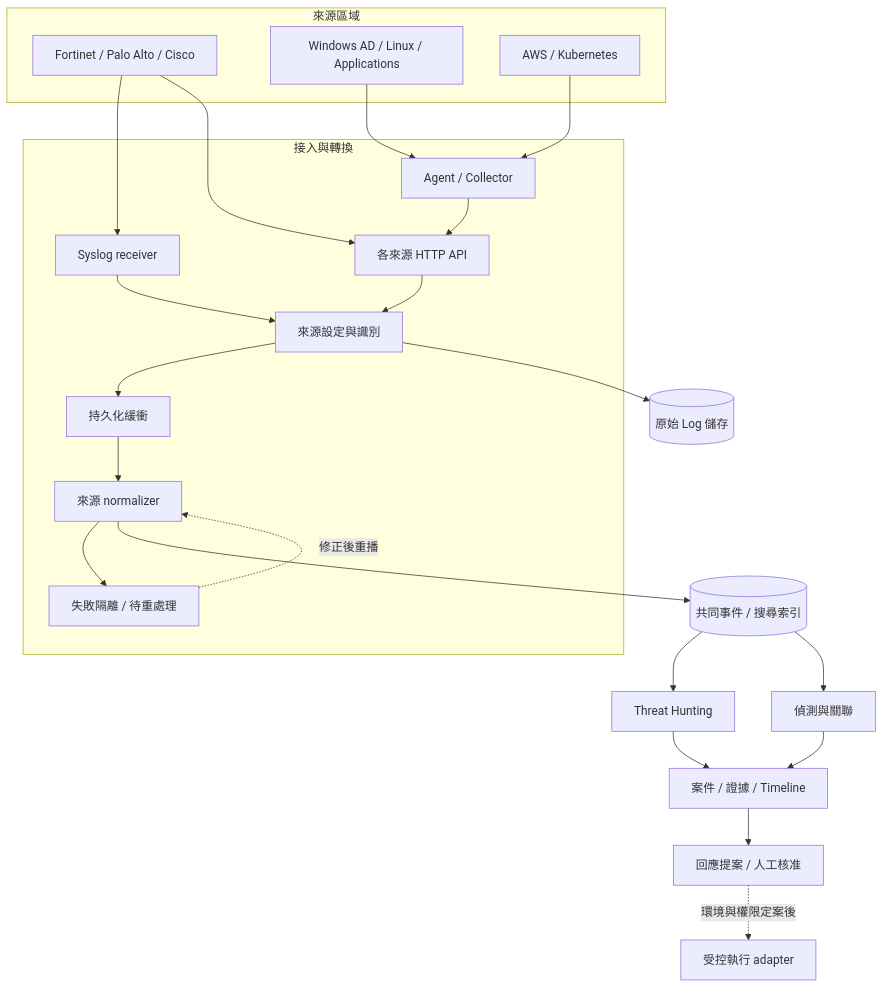
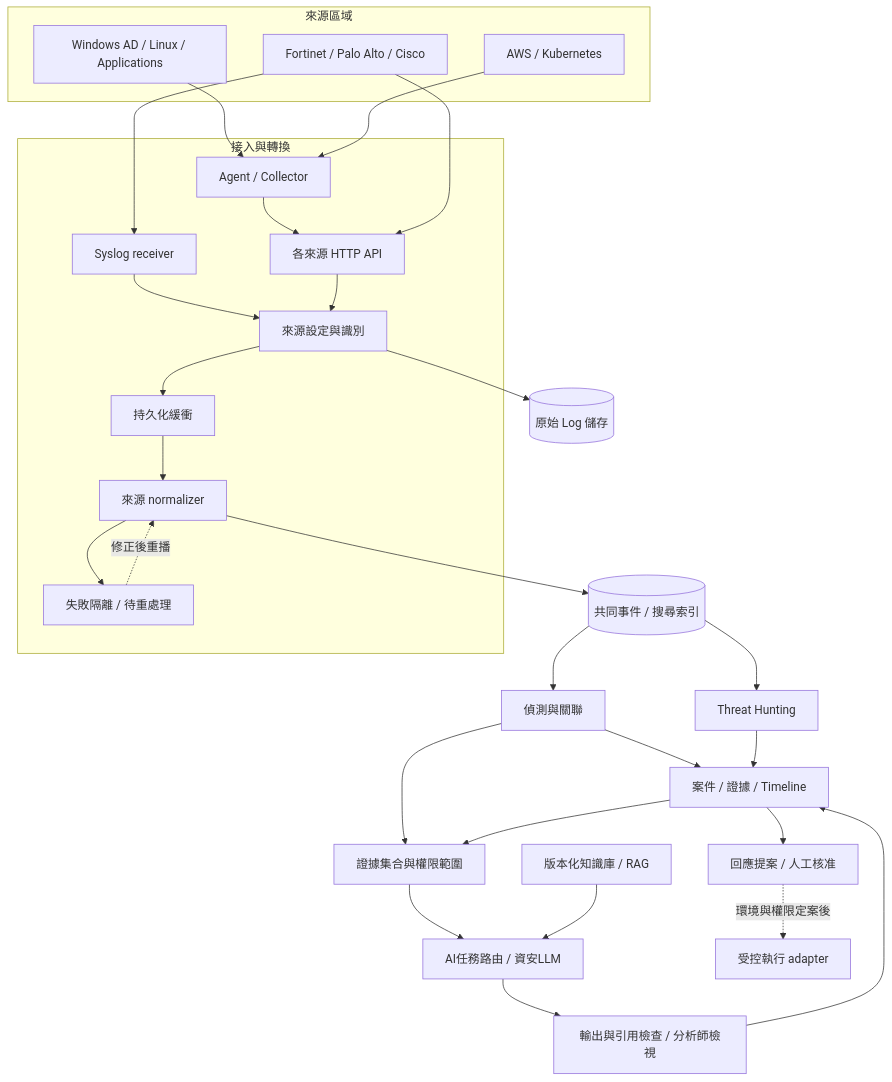
The first of 2 diagrams in docs/architecture.md (chikai0712/Threat-hunting-lab), drawn with Mermaid before and after one commit. The commit also changed other lines of this file and 11 other files, not shown here.

Commit message:
docs: integrate security AI models and RAG into threat hunting architecture

````diff
--- a/docs/architecture.md
+++ b/docs/architecture.md
@@ -21,36 +21,42 @@
 ```mermaid
 flowchart TB
     subgraph Sources[來源區域]
         DEV[Fortinet / Palo Alto / Cisco]
         HOST[Windows AD / Linux / Applications]
         CLD[AWS / Kubernetes]
     end
     subgraph Ingestion[接入與轉換]
         SYS[Syslog receiver]
         API[各來源 HTTP API]
         AG[Agent / Collector]
         REG[來源設定與識別]
         BUF[持久化緩衝]
         NORM[來源 normalizer]
         BAD[失敗隔離 / 待重處理]
     end
     DEV --> SYS
     HOST --> AG
     CLD --> AG
     AG --> API
     DEV --> API
     SYS --> REG
     API --> REG
     REG --> BUF
     BUF --> NORM
     NORM --> BAD
     BAD -.修正後重播.-> NORM
     REG --> RAW[(原始 Log 儲存)]
     NORM --> IDX[(共同事件 / 搜尋索引)]
     IDX --> HUNT[Threat Hunting]
     IDX --> DET[偵測與關聯]
     DET --> CASE[案件 / 證據 / Timeline]
     HUNT --> CASE
+    DET --> EVID[證據集合與權限範圍]
+    CASE --> EVID
+    EVID --> AI[AI任務路由 / 資安LLM]
+    KB[版本化知識庫 / RAG] --> AI
+    AI --> VALIDATE[輸出與引用檢查 / 分析師檢視]
+    VALIDATE --> CASE
     CASE --> RESP[回應提案 / 人工核准]
     RESP -.環境與權限定案後.-> EXEC[受控執行 adapter]
 ```
````
